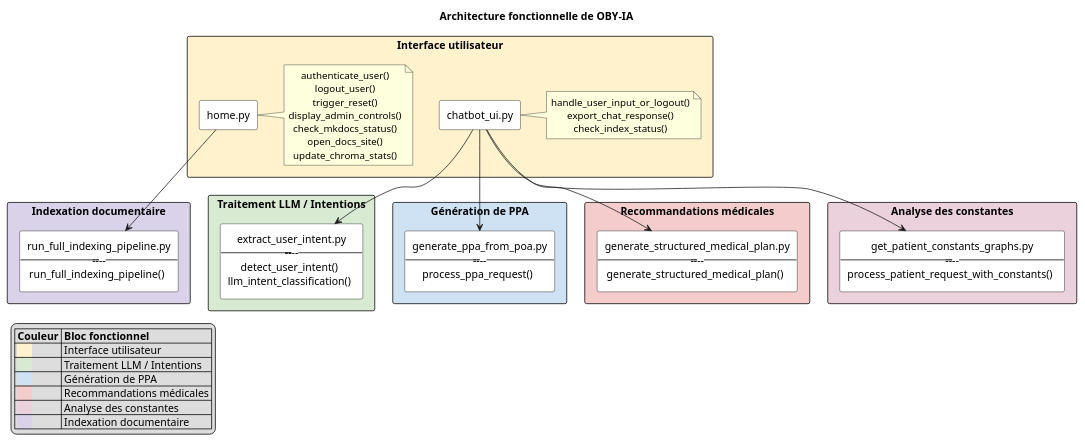
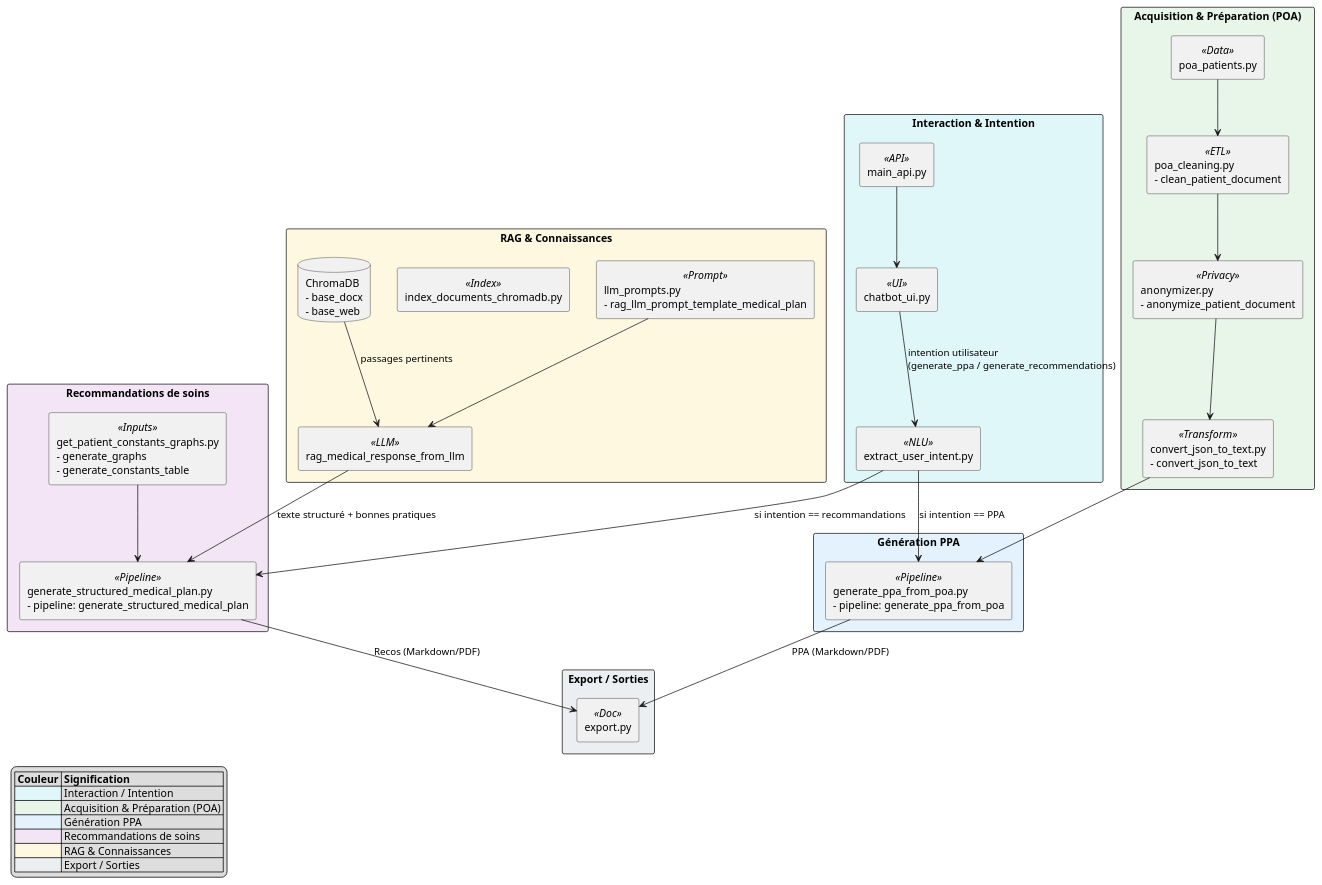
Before and after one commit to DSAGRO3F/OBY-Chat: the diagram in docs/oby-ia_schema.puml, drawn with PlantUML. The commit also changed 13 other files, not shown here.

```diff
--- a/docs/oby-ia_schema.puml
+++ b/docs/oby-ia_schema.puml
@@ -2,79 +1,70 @@
 @startuml
-title Architecture fonctionnelle de OBY-IA
+skinparam shadowing false
+skinparam packageStyle rectangle
+skinparam defaultTextAlignment left
+skinparam componentStyle rectangle
+skinparam monochrome false
 
-skinparam componentStyle rectangle
-skinparam packageStyle rectangle
-skinparam shadowing false
-skinparam package {
-  BorderColor black
-  BackgroundColor white
-}
-skinparam rectangle {
-  BackgroundColor white
-  BorderColor black
-}
-skinparam defaultTextAlignment center
-
-' Légende des couleurs
 legend left
-|= Couleur |= Bloc fonctionnel |
-| <back:FFF2CC>     | Interface utilisateur |
-| <back:D9EAD3>     | Traitement LLM / Intentions |
-| <back:CFE2F3>     | Génération de PPA |
-| <back:F4CCCC>     | Recommandations médicales |
-| <back:EAD1DC>     | Analyse des constantes |
-| <back:D9D2E9>     | Indexation documentaire |
+|= Couleur |= Signification |
+|<#E0F7FA>| Interaction / Intention |
+|<#E8F5E9>| Acquisition & Préparation (POA) |
+|<#E3F2FD>| Génération PPA |
+|<#F3E5F5>| Recommandations de soins |
+|<#FFF8E1>| RAG & Connaissances |
+|<#ECEFF1>| Export / Sorties |
 endlegend
 
-' === Interface utilisateur ===
-package "Interface utilisateur" #FFF2CC {
-  rectangle "home.py" as home
-  note right of home
-    authenticate_user()
-    logout_user()
-    trigger_reset()
-    display_admin_controls()
-    check_mkdocs_status()
-    open_docs_site()
-    update_chroma_stats()
-  end note
-
-  rectangle "chatbot_ui.py" as chatbot
-  note right of chatbot
-    handle_user_input_or_logout()
-    export_chat_response()
-    check_index_status()
-  end note
-}
-' === Traitement LLM / Intentions ===
-package "Traitement LLM / Intentions" #D9EAD3 {
-  rectangle "extract_user_intent.py\n––––––––––––––––\ndetect_user_intent()\nllm_intent_classification()" as intent
+package "Interaction & Intention" #E0F7FA {
+  [chatbot_ui.py] as CHAT <<UI>>
+  [extract_user_intent.py] as INTENT <<NLU>>
+  [main_api.py] as API <<API>>
 }
 
-' === Génération de PPA ===
-package "Génération de PPA" #CFE2F3 {
-  rectangle "generate_ppa_from_poa.py\n––––––––––––––––\nprocess_ppa_request()" as ppa
+package "Acquisition & Préparation (POA)" #E8F5E9 {
+  [poa_patients.py] as POA_LIST <<Data>>
+  [poa_cleaning.py\n- clean_patient_document] as POA_CLEAN <<ETL>>
+  [anonymizer.py\n- anonymize_patient_document] as ANON <<Privacy>>
+  [convert_json_to_text.py\n- convert_json_to_text] as CONV <<Transform>>
 }
 
-' === Recommandations médicales ===
-package "Recommandations médicales" #F4CCCC {
-  rectangle "generate_structured_medical_plan.py\n––––––––––––––––\ngenerate_structured_medical_plan()" as reco
+package "Génération PPA" #E3F2FD {
+  [generate_ppa_from_poa.py\n- pipeline: generate_ppa_from_poa] as PPA <<Pipeline>>
 }
 
-' === Analyse des constantes ===
-package "Analyse des constantes" #EAD1DC {
-  rectangle "get_patient_constants_graphs.py\n––––––––––––––––\nprocess_patient_request_with_constants()" as const
+package "Recommandations de soins" #F3E5F5 {
+  [generate_structured_medical_plan.py\n- pipeline: generate_structured_medical_plan] as RECO <<Pipeline>>
+  [get_patient_constants_graphs.py\n- generate_graphs\n- generate_constants_table] as CONSTANTS <<Inputs>>
 }
 
-' === Indexation documentaire ===
-package "Indexation documentaire" #D9D2E9 {
-  rectangle "run_full_indexing_pipeline.py\n––––––––––––––––\nrun_full_indexing_pipeline()" as indexer
+package "RAG & Connaissances" #FFF8E1 {
+  [llm_prompts.py\n- rag_llm_prompt_template_medical_plan] as PROMPT <<Prompt>>
+  [rag_medical_response_from_llm] as RAGCALL <<LLM>>
+  [index_documents_chromadb.py] as INDEXER <<Index>>
+  database "ChromaDB\n- base_docx\n- base_web" as CHROMA
 }
 
-' === Relations principales ===
-chatbot --> ppa
-chatbot --> reco
-chatbot --> const
-chatbot --> intent
-home --> indexer
+package "Export / Sorties" #ECEFF1 {
+  [export.py] as EXPORT <<Doc>>
+}
+
+API --> CHAT
+CHAT --> INTENT : intention utilisateur\n(generate_ppa / generate_recommendations)
+INTENT --> PPA : si intention == PPA
+INTENT --> RECO : si intention == recommandations
+
+POA_LIST --> POA_CLEAN
+POA_CLEAN --> ANON
+ANON --> CONV
+CONV --> PPA
+
+CONSTANTS --> RECO
+
+PROMPT --> RAGCALL
+CHROMA --> RAGCALL : passages pertinents
+RAGCALL --> RECO : texte structuré + bonnes pratiques
+
+PPA --> EXPORT : PPA (Markdown/PDF)
+RECO --> EXPORT : Recos (Markdown/PDF)
+
 @enduml
```
